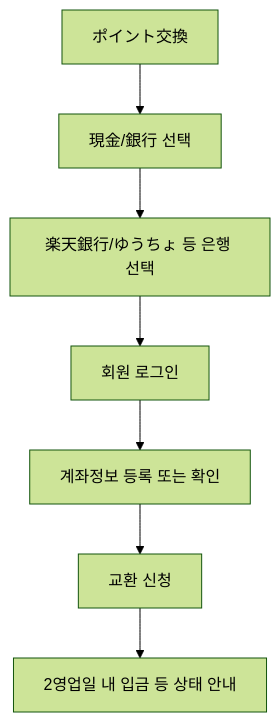
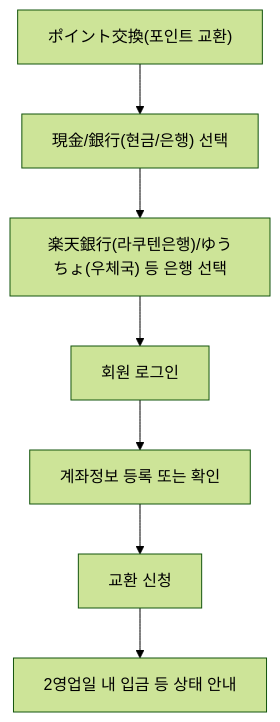
One commit to dongwonlee222/golden-goose-report changed the seventh of 11 diagrams in reports/japan-apptech-reward-bank-benchmark-report.md. Above: the diagram before and after it, drawn with Mermaid (forest theme). The commit also changed other lines of this file and 1 other file, not shown here.

````diff
--- a/reports/japan-apptech-reward-bank-benchmark-report.md
+++ b/reports/japan-apptech-reward-bank-benchmark-report.md
@@ -210,9 +210,9 @@
 ```mermaid
 flowchart TD
-  A["ポイント交換"] --> B["現金/銀行 선택"]
-  B --> C["楽天銀行/ゆうちょ 등 은행 선택"]
+  A["ポイント交換(포인트 교환)"] --> B["現金/銀行(현금/은행) 선택"]
+  B --> C["楽天銀行(라쿠텐은행)/ゆうちょ(우체국) 등 은행 선택"]
   C --> D["회원 로그인"]
   D --> E["계좌정보 등록 또는 확인"]
   E --> F["교환 신청"]
   F --> G["2영업일 내 입금 등 상태 안내"]
 ```
````
